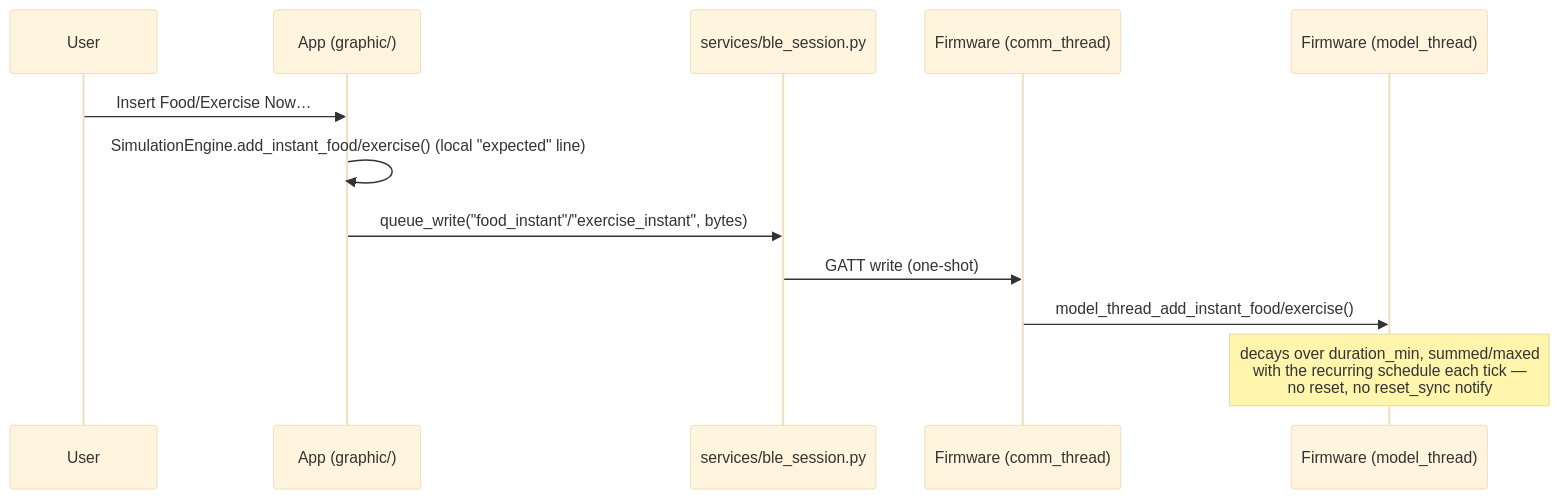
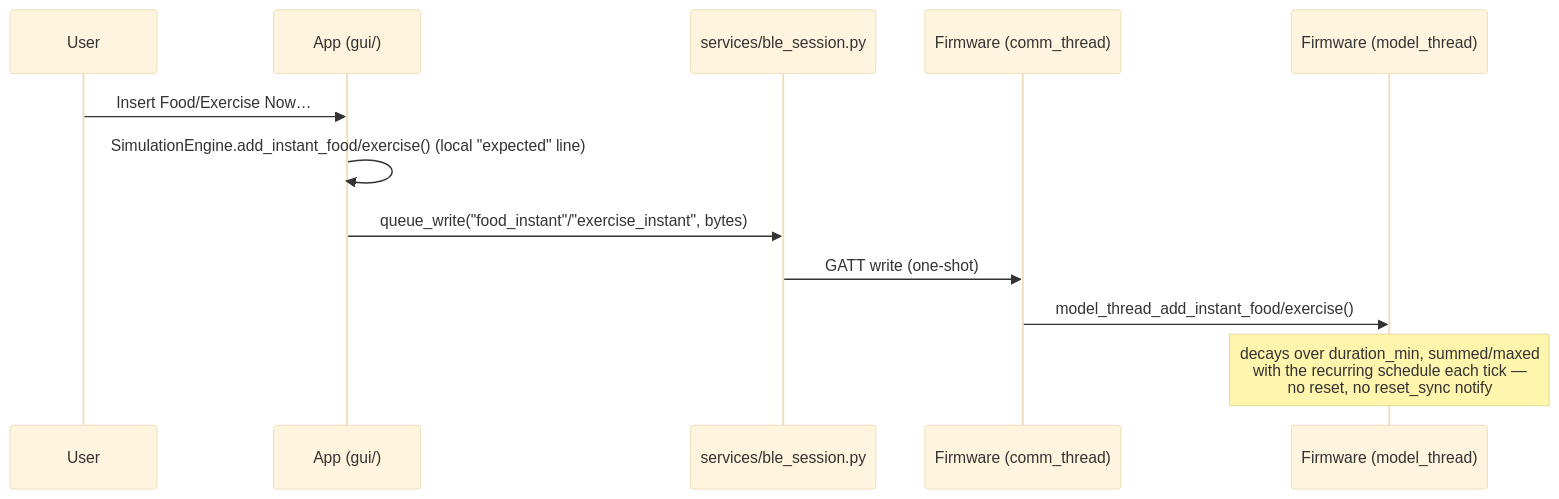
The fourth of 6 diagrams in docs/ARCHITECTURE.md (gomes717/SensorSimulator), drawn with Mermaid (base theme) before and after one commit. The commit also changed other lines of this file and 38 other files, not shown here.

First line of the commit message:
Rename src/graphic/ -> src/gui/ (issue 17)

````diff
--- a/docs/ARCHITECTURE.md
+++ b/docs/ARCHITECTURE.md
@@ -183,15 +183,15 @@
 ```mermaid
 sequenceDiagram
     participant U as User
-    participant App as App (graphic/)
+    participant App as App (gui/)
     participant BLE as services/ble_session.py
     participant FW as Firmware (comm_thread)
     participant Model as Firmware (model_thread)
 
     U->>App: Insert Food/Exercise Now…
     App->>App: SimulationEngine.add_instant_food/exercise() (local "expected" line)
     App->>BLE: queue_write("food_instant"/"exercise_instant", bytes)
     BLE->>FW: GATT write (one-shot)
     FW->>Model: model_thread_add_instant_food/exercise()
     Note over Model: decays over duration_min, summed/maxed<br/>with the recurring schedule each tick —<br/>no reset, no reset_sync notify
 ```
````
